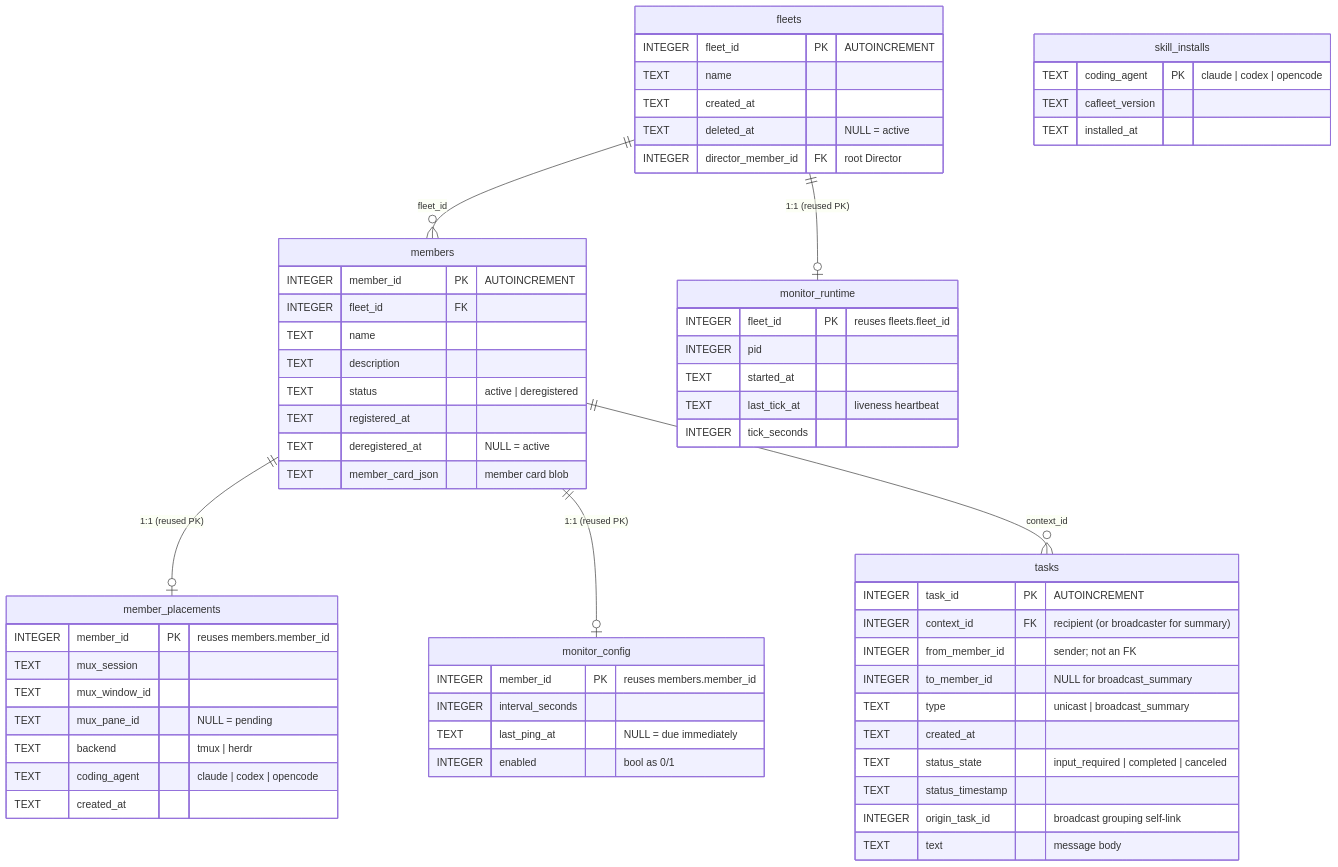
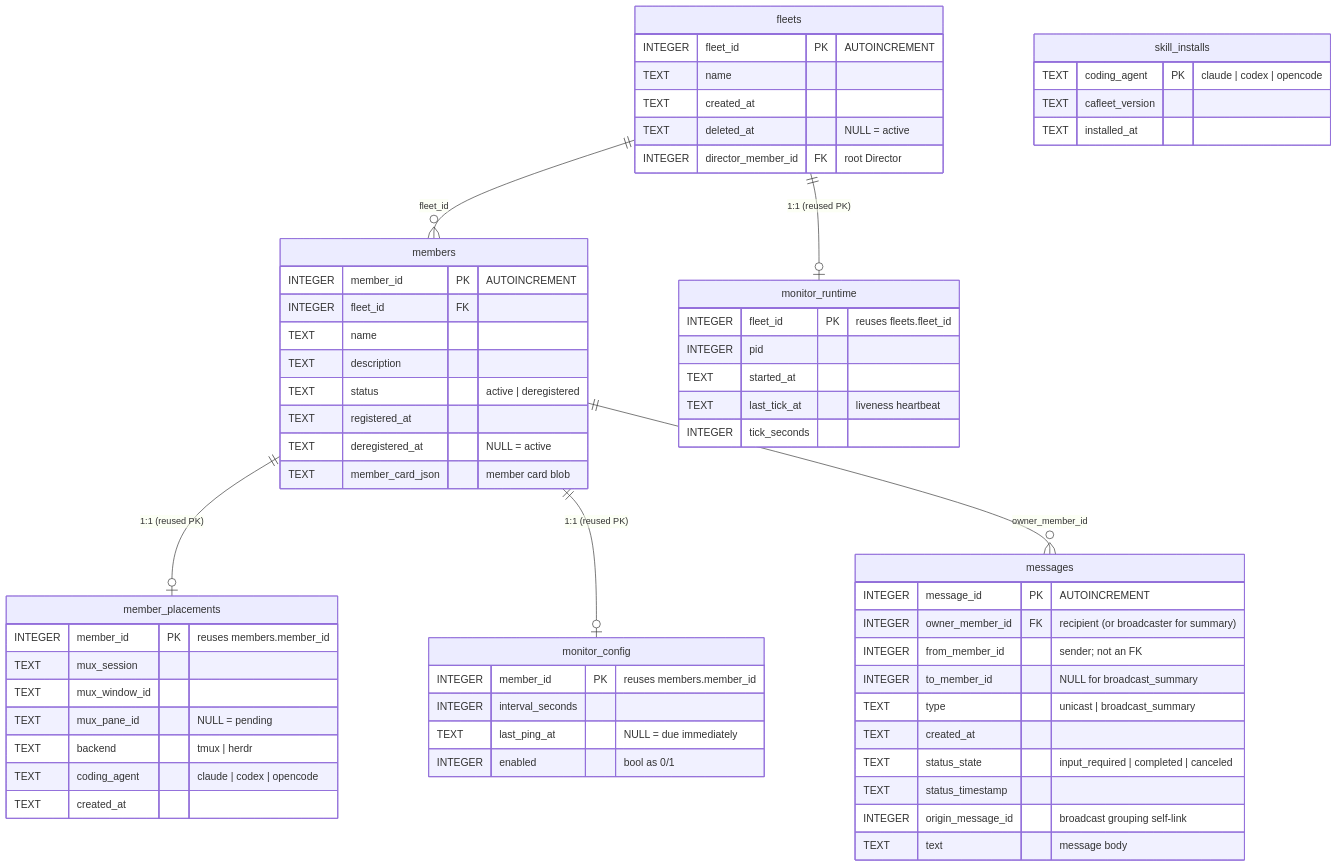
Before and after one commit to himkt/cafleet: the diagram in docs/spec/data-model.md, drawn with Mermaid. The commit also changed other lines of this file and 25 other files, not shown here.

Commit message:
docs: rename tasks table vocabulary to messages across docs, SPEC, and skills

````diff
--- a/docs/spec/data-model.md
+++ b/docs/spec/data-model.md
@@ -18,65 +18,65 @@
 ```mermaid
 erDiagram
     fleets ||--o{ members : "fleet_id"
     fleets ||--o| monitor_runtime : "1:1 (reused PK)"
     members ||--o| member_placements : "1:1 (reused PK)"
     members ||--o| monitor_config : "1:1 (reused PK)"
-    members ||--o{ tasks : "context_id"
+    members ||--o{ messages : "owner_member_id"
 
     fleets {
         INTEGER fleet_id PK "AUTOINCREMENT"
         TEXT name
         TEXT created_at
         TEXT deleted_at "NULL = active"
         INTEGER director_member_id FK "root Director"
     }
     members {
         INTEGER member_id PK "AUTOINCREMENT"
         INTEGER fleet_id FK
         TEXT name
         TEXT description
         TEXT status "active | deregistered"
         TEXT registered_at
         TEXT deregistered_at "NULL = active"
         TEXT member_card_json "member card blob"
     }
-    tasks {
-        INTEGER task_id PK "AUTOINCREMENT"
-        INTEGER context_id FK "recipient (or broadcaster for summary)"
+    messages {
+        INTEGER message_id PK "AUTOINCREMENT"
+        INTEGER owner_member_id FK "recipient (or broadcaster for summary)"
         INTEGER from_member_id "sender; not an FK"
         INTEGER to_member_id "NULL for broadcast_summary"
         TEXT type "unicast | broadcast_summary"
         TEXT created_at
         TEXT status_state "input_required | completed | canceled"
         TEXT status_timestamp
-        INTEGER origin_task_id "broadcast grouping self-link"
+        INTEGER origin_message_id "broadcast grouping self-link"
         TEXT text "message body"
     }
     member_placements {
         INTEGER member_id PK "reuses members.member_id"
         TEXT mux_session
         TEXT mux_window_id
         TEXT mux_pane_id "NULL = pending"
         TEXT backend "tmux | herdr"
         TEXT coding_agent "claude | codex | opencode"
         TEXT created_at
     }
     monitor_config {
         INTEGER member_id PK "reuses members.member_id"
         INTEGER interval_seconds
         TEXT last_ping_at "NULL = due immediately"
         INTEGER enabled "bool as 0/1"
     }
     monitor_runtime {
         INTEGER fleet_id PK "reuses fleets.fleet_id"
         INTEGER pid
         TEXT started_at
         TEXT last_tick_at "liveness heartbeat"
         INTEGER tick_seconds
     }
     skill_installs {
         TEXT coding_agent PK "claude | codex | opencode"
         TEXT cafleet_version
         TEXT installed_at
     }
 ```
````
